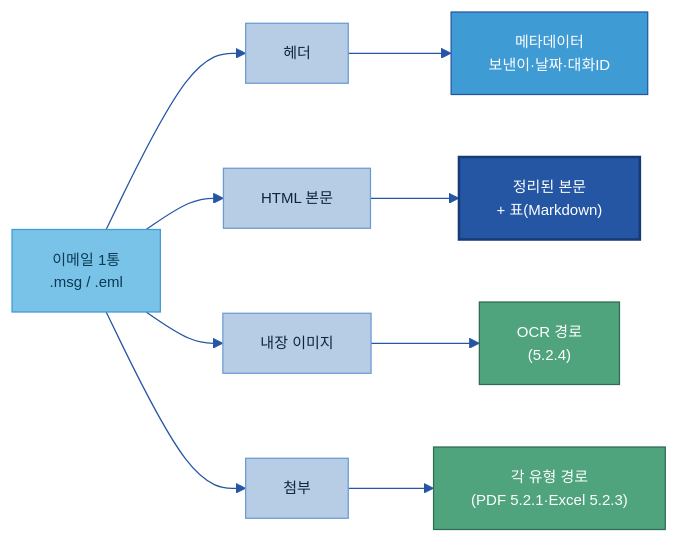
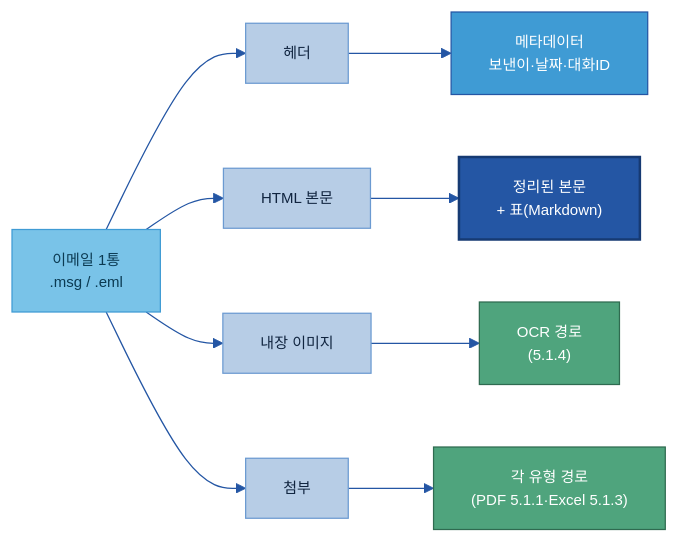
One commit to jin-kearney/ai-ready-data-manual changed the fourth of 7 diagrams in 가이드 작성/B-1 데이터 전처리/B-1 데이터 전처리.md. Above: the diagram before and after it, drawn with Mermaid. The commit also changed other lines of this file, not shown here.

````diff
--- a/가이드 작성/B-1 데이터 전처리/B-1 데이터 전처리.md
+++ b/가이드 작성/B-1 데이터 전처리/B-1 데이터 전처리.md
@@ -443,18 +413,18 @@
 ```mermaid
 %%{init: {'theme':'base','themeVariables':{'primaryColor':'#DCE8F5','primaryBorderColor':'#2456A4','primaryTextColor':'#10243f','lineColor':'#2456A4','fontSize':'12px'}}}%%
 flowchart LR
     MAIL["이메일 1통<br/>.msg / .eml"]:::src
     MAIL --> H["헤더"]:::n
     MAIL --> B["HTML 본문"]:::n
     MAIL --> IMG["내장 이미지"]:::n
     MAIL --> ATT["첨부"]:::n
     H --> M["메타데이터<br/>보낸이·날짜·대화ID"]:::gate
     B --> C["정리된 본문<br/>+ 표(Markdown)"]:::cat
-    IMG --> O["OCR 경로<br/>(5.2.4)"]:::loop
-    ATT --> P["각 유형 경로<br/>(PDF 5.2.1·Excel 5.2.3)"]:::loop
+    IMG --> O["OCR 경로<br/>(5.1.4)"]:::loop
+    ATT --> P["각 유형 경로<br/>(PDF 5.1.1·Excel 5.1.3)"]:::loop
     classDef n fill:#B7CDE6,stroke:#6B9AD1,color:#10243f;
     classDef src fill:#79C3E8,stroke:#3F9BD4,color:#0b3a52;
     classDef cat fill:#2456A4,color:#fff,stroke:#163a73,stroke-width:2px;
     classDef gate fill:#3F9BD4,stroke:#2456A4,color:#fff;
     classDef loop fill:#4FA47D,stroke:#2f6b50,color:#fff;
 ```
````
